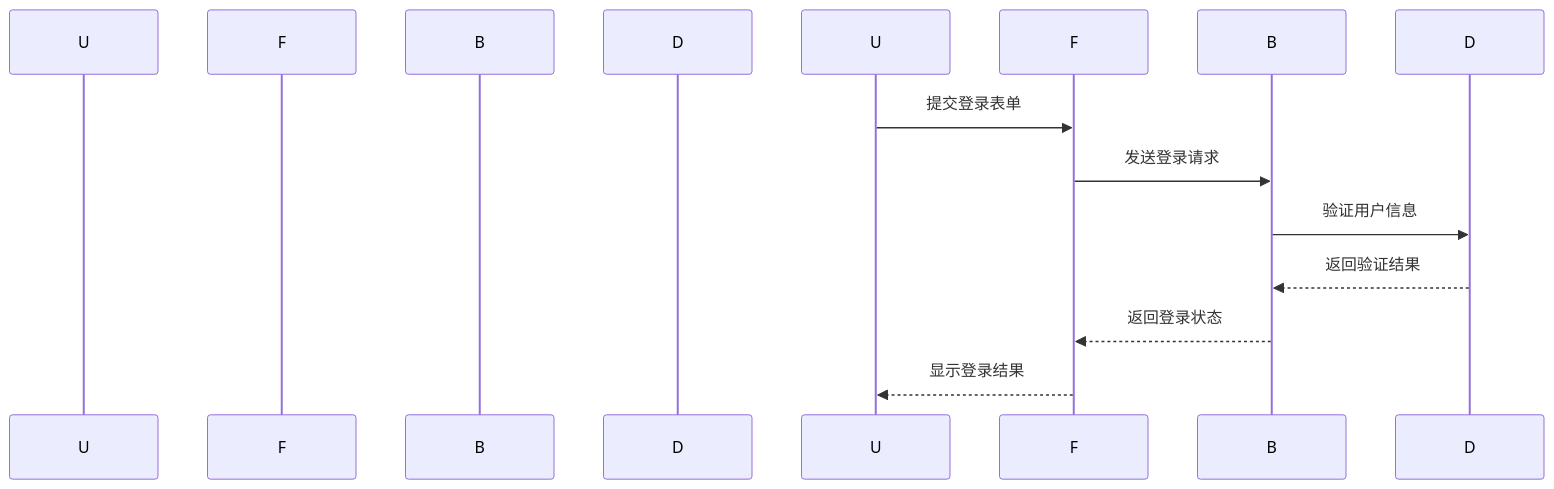
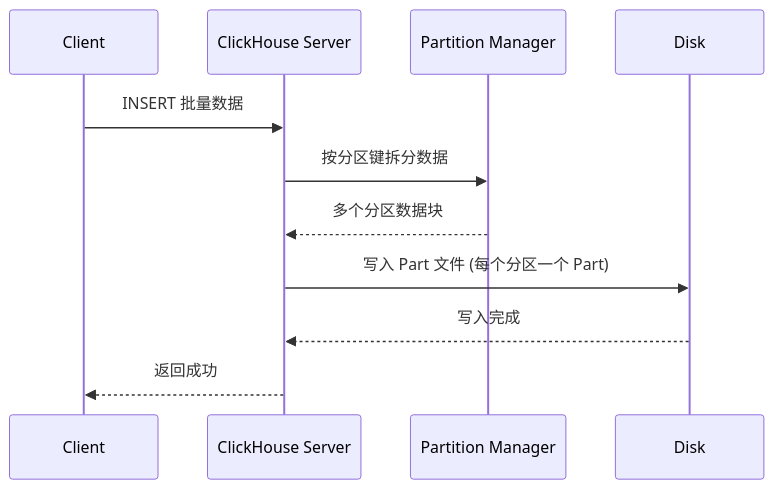
Before and after one commit to ralph-wren/TechStack-Handbook: the third of 13 diagrams in 10.markdown.md, drawn with Mermaid. The commit also changed other lines of this file, not shown here.

First line of the commit message:
docs(markdown): 新增16进制颜色值对照表及优化图表示例

````diff
--- a/10.markdown.md
+++ b/10.markdown.md
@@ -1017,14 +998,14 @@
 ```mermaid
 sequenceDiagram
-    participant "用户" as U
-    participant "前端" as F
-    participant "后端" as B
-    participant "数据库" as D
-    
-    U->>F: 提交登录表单
-    F->>B: 发送登录请求
-    B->>D: 验证用户信息
-    D-->>B: 返回验证结果
-    B-->>F: 返回登录状态
-    F-->>U: 显示登录结果
+    participant C as Client
+    participant S as ClickHouse Server
+    participant P as Partition Manager
+    participant D as Disk
+
+    C->>S: INSERT 批量数据
+    S->>P: 按分区键拆分数据
+    P-->>S: 多个分区数据块
+    S->>D: 写入 Part 文件 (每个分区一个 Part)
+    D-->>S: 写入完成
+    S-->>C: 返回成功
 ```
````
